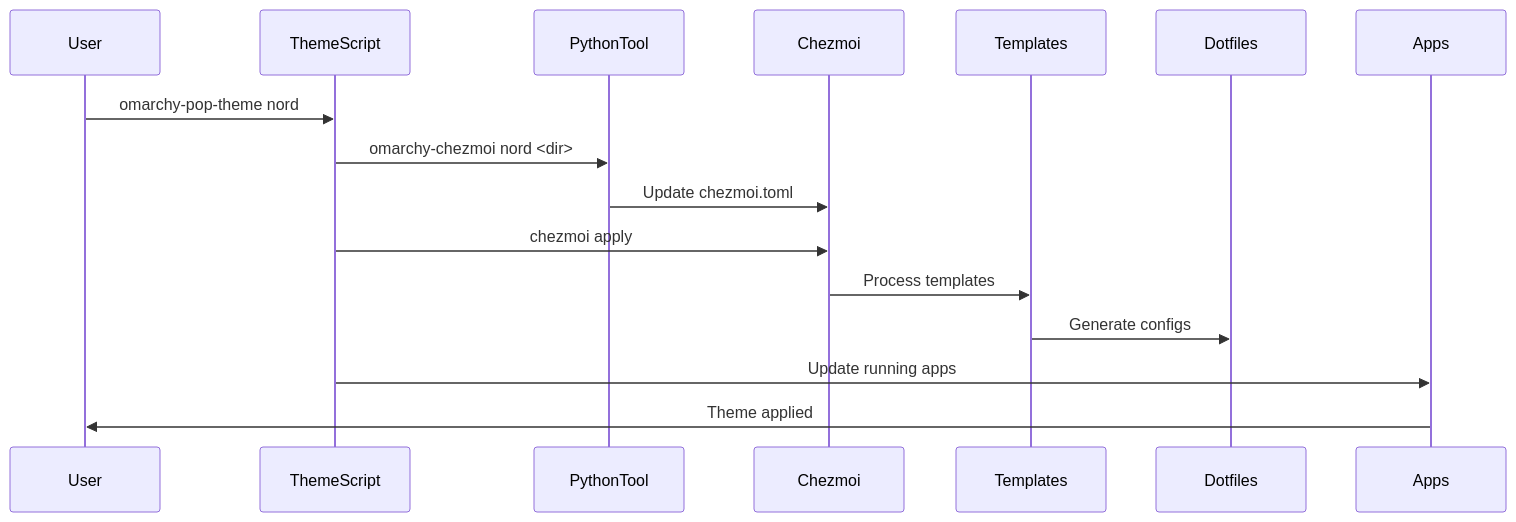
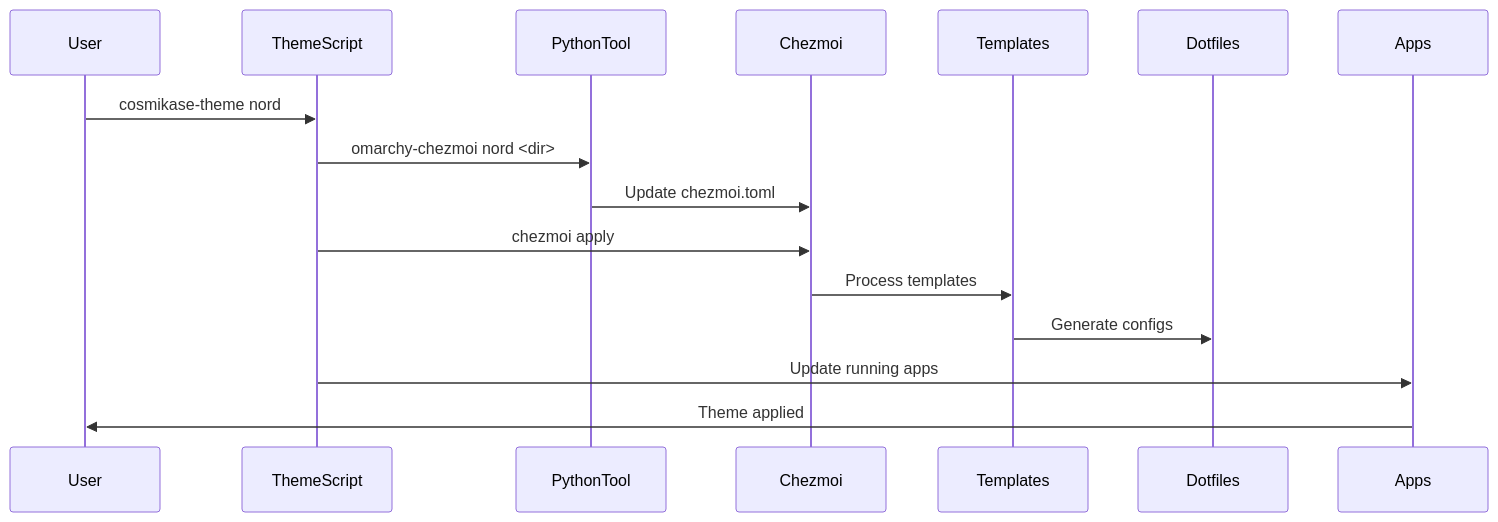
One commit to paulbrav/cosmikase changed the third of 7 diagrams in docs/architecture.md. Above: the diagram before and after it, drawn with Mermaid. The commit also changed other lines of this file and 8 other files, not shown here.

````diff
--- a/docs/architecture.md
+++ b/docs/architecture.md
@@ -181,19 +181,19 @@
 ```mermaid
 sequenceDiagram
     participant User
     participant ThemeScript
     participant PythonTool
     participant Chezmoi
     participant Templates
     participant Dotfiles
     participant Apps
 
-    User->>ThemeScript: omarchy-pop-theme nord
+    User->>ThemeScript: cosmikase-theme nord
     ThemeScript->>PythonTool: omarchy-chezmoi nord <dir>
     PythonTool->>Chezmoi: Update chezmoi.toml
     ThemeScript->>Chezmoi: chezmoi apply
     Chezmoi->>Templates: Process templates
     Templates->>Dotfiles: Generate configs
     ThemeScript->>Apps: Update running apps
     Apps->>User: Theme applied
 ```
````
